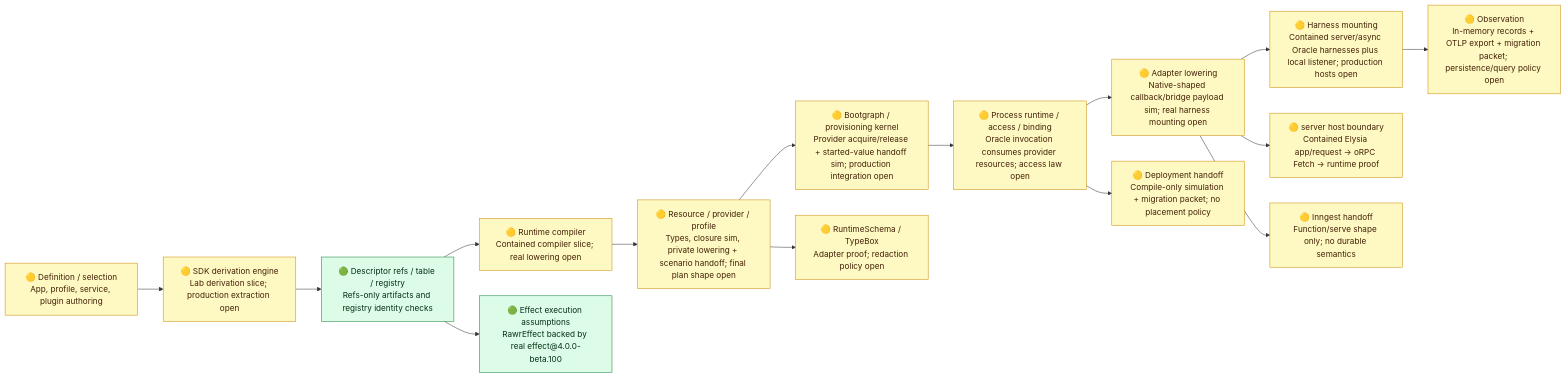
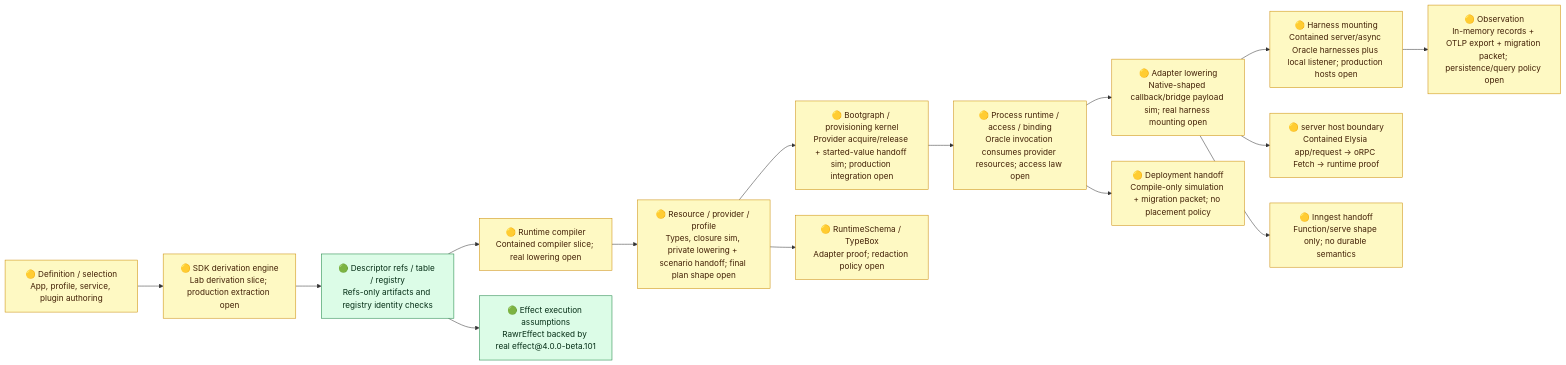
One commit to rawr-ai/rawr-hq-template changed the diagram in tools/runtime-realization-type-env/evidence/runtime-spine-verification-diagnostic.md. Above: the diagram before and after it, drawn with Mermaid. The commit also changed other lines of this file and 28 other files, not shown here.

````diff
--- a/tools/runtime-realization-type-env/evidence/runtime-spine-verification-diagnostic.md
+++ b/tools/runtime-realization-type-env/evidence/runtime-spine-verification-diagnostic.md
@@ -23,25 +23,25 @@
 ```mermaid
 flowchart LR
   A["🟡 Definition / selection<br/>App, profile, service, plugin authoring"] --> B["🟡 SDK derivation engine<br/>Lab derivation slice; production extraction open"]
   B --> C["🟢 Descriptor refs / table / registry<br/>Refs-only artifacts and registry identity checks"]
   C --> D["🟡 Runtime compiler<br/>Contained compiler slice; real lowering open"]
   D --> E["🟡 Resource / provider / profile<br/>Types, closure sim, private lowering + scenario handoff; final plan shape open"]
   E --> F["🟡 Bootgraph / provisioning kernel<br/>Provider acquire/release + started-value handoff sim; production integration open"]
   F --> G["🟡 Process runtime / access / binding<br/>Oracle invocation consumes provider resources; access law open"]
   G --> H["🟡 Adapter lowering<br/>Native-shaped callback/bridge payload sim; real harness mounting open"]
   H --> I["🟡 Harness mounting<br/>Contained server/async Oracle harnesses plus local listener; production hosts open"]
   I --> J["🟡 Observation<br/>In-memory records + OTLP export + migration packet; persistence/query policy open"]
 
-  C --> K["🟢 Effect execution assumptions<br/>RawrEffect backed by real effect@4.0.0-beta.100"]
+  C --> K["🟢 Effect execution assumptions<br/>RawrEffect backed by real effect@4.0.0-beta.101"]
   E --> L["🟡 RuntimeSchema / TypeBox<br/>Adapter proof; redaction policy open"]
   H --> M["🟡 server host boundary<br/>Contained Elysia app/request -> oRPC Fetch -> runtime proof"]
   H --> N["🟡 Inngest handoff<br/>Function/serve shape only; no durable semantics"]
   G --> O["🟡 Deployment handoff<br/>Compile-only simulation + migration packet; no placement policy"]
 
   classDef green fill:#dcfce7,stroke:#15803d,color:#052e16;
   classDef yellow fill:#fef9c3,stroke:#ca8a04,color:#422006;
   classDef red fill:#fee2e2,stroke:#b91c1c,color:#450a0a;
   class C,K green;
   class A,B,D,E,F,G,H,J,L,M,N,O yellow;
   class I yellow;
 ```
````
